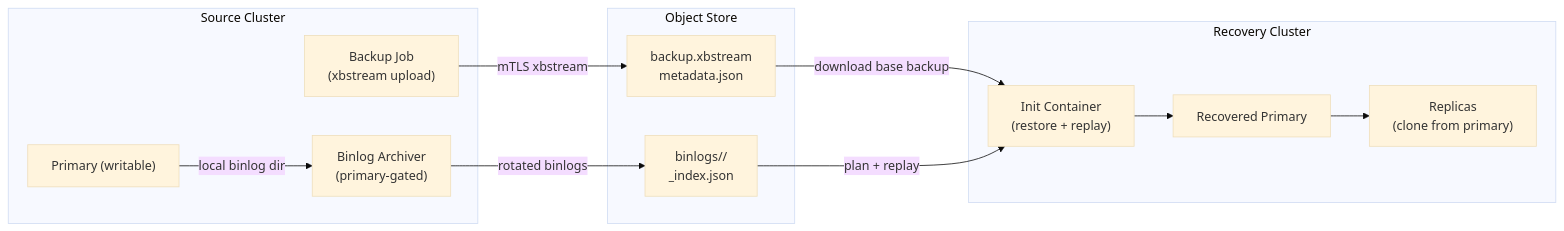
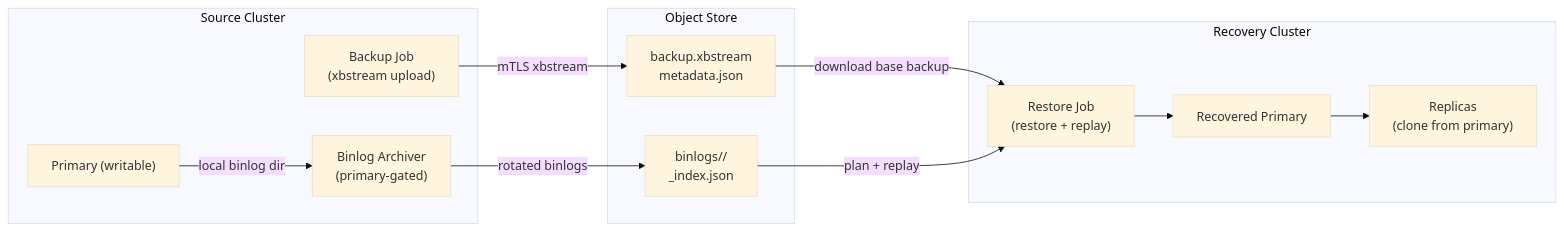
Before and after one commit to cnmsql/cnmsql: the first of 2 diagrams in docs/src/pitr.md, drawn with Mermaid (base theme). The commit also changed other lines of this file and 41 other files, not shown here.

````diff
--- a/docs/src/pitr.md
+++ b/docs/src/pitr.md
@@ -24,27 +24,27 @@
 ```mermaid
 flowchart LR
     subgraph Source["Source Cluster"]
         Primary["Primary (writable)"]
         Backup["Backup Job\n(xbstream upload)"]
         Archiver["Binlog Archiver\n(primary-gated)"]
     end
 
     subgraph Store["Object Store"]
         BaseBackup["backup.xbstream\nmetadata.json"]
         Binlogs["binlogs/<server_uuid>/\n_index.json"]
     end
 
     subgraph Recovery["Recovery Cluster"]
-        Init["Init Container\n(restore + replay)"]
+        Restore["Restore Job\n(restore + replay)"]
         RecPrimary["Recovered Primary"]
         Replicas["Replicas\n(clone from primary)"]
     end
 
     Backup -->|"mTLS xbstream"| BaseBackup
     Archiver -->|"rotated binlogs"| Binlogs
     Primary -->|"local binlog dir"| Archiver
-    BaseBackup -->|"download base backup"| Init
-    Binlogs -->|"plan + replay"| Init
-    Init --> RecPrimary
+    BaseBackup -->|"download base backup"| Restore
+    Binlogs -->|"plan + replay"| Restore
+    Restore --> RecPrimary
     RecPrimary --> Replicas
 ```
````
